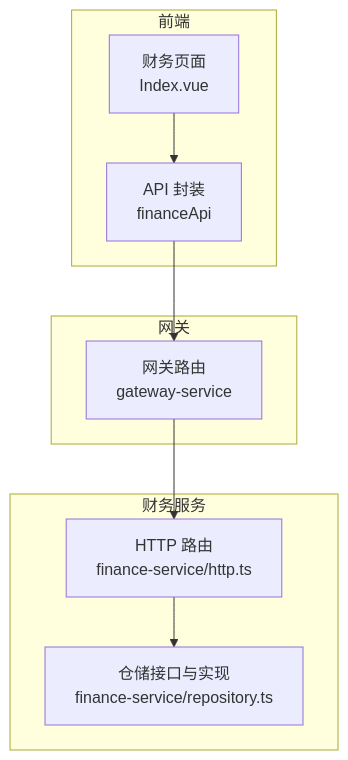
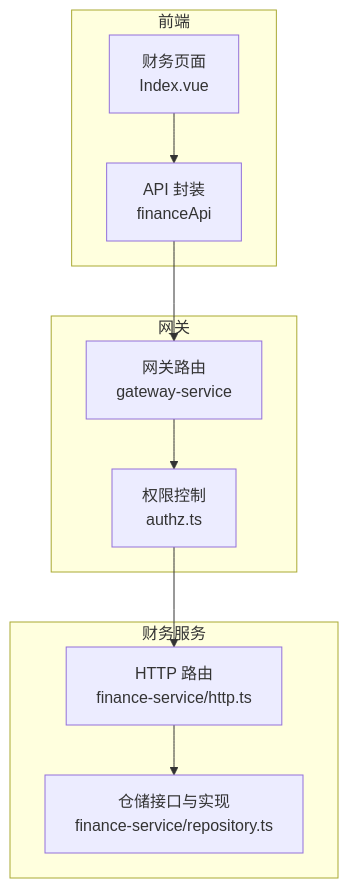
The first of 6 diagrams in .qoder/repowiki/zh/content/前端应用文档/核心页面/财务报表页面.md (q446328246/agri-platform), drawn with Mermaid before and after one commit. The commit also changed other lines of this file and 37 other files, not shown here.

````diff
--- a/.qoder/repowiki/zh/content/前端应用文档/核心页面/财务报表页面.md
+++ b/.qoder/repowiki/zh/content/前端应用文档/核心页面/财务报表页面.md
@@ -39,18 +51,20 @@
 ```mermaid
 graph TB
 subgraph "前端"
 FE_View["财务页面<br/>Index.vue"]
 FE_API["API 封装<br/>financeApi"]
 end
 subgraph "网关"
 GW["网关路由<br/>gateway-service"]
+AUTHZ["权限控制<br/>authz.ts"]
 end
 subgraph "财务服务"
 FS_HTTP["HTTP 路由<br/>finance-service/http.ts"]
 FS_REPO["仓储接口与实现<br/>finance-service/repository.ts"]
 end
 FE_View --> FE_API
 FE_API --> GW
-GW --> FS_HTTP
+GW --> AUTHZ
+AUTHZ --> FS_HTTP
 FS_HTTP --> FS_REPO
 ```
````
